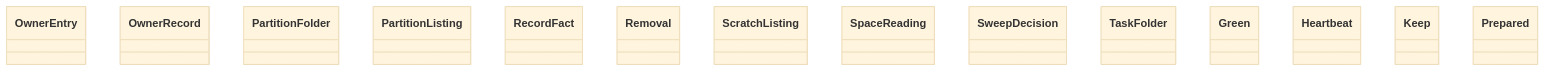
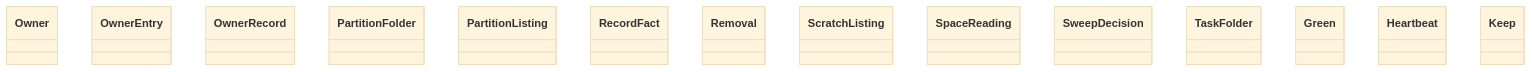
Before and after one commit to GonzaloZevallos/agentic-system: the diagram in docs/architecture/generated/classes-process-domain-machine-2.md, drawn with Mermaid (base theme). The commit also changed 5 other files, not shown here.

````diff
--- a/docs/architecture/generated/classes-process-domain-machine-2.md
+++ b/docs/architecture/generated/classes-process-domain-machine-2.md
@@ -32,17 +32,17 @@
 ```mermaid
 classDiagram
+    class scratch__Owner["Owner"]
     class scratch__OwnerEntry["OwnerEntry"]
     class scratch__OwnerRecord["OwnerRecord"]
     class scratch__PartitionFolder["PartitionFolder"]
     class scratch__PartitionListing["PartitionListing"]
     class scratch__RecordFact["RecordFact"]
     class scratch__Removal["Removal"]
     class scratch__ScratchListing["ScratchListing"]
     class scratch__SpaceReading["SpaceReading"]
     class scratch__SweepDecision["SweepDecision"]
     class scratch__TaskFolder["TaskFolder"]
     class stage0_rotation__Green["Green"]
     class stage0_rotation__Heartbeat["Heartbeat"]
     class stage0_rotation__Keep["Keep"]
-    class stage0_rotation__Prepared["Prepared"]
 ```
````
